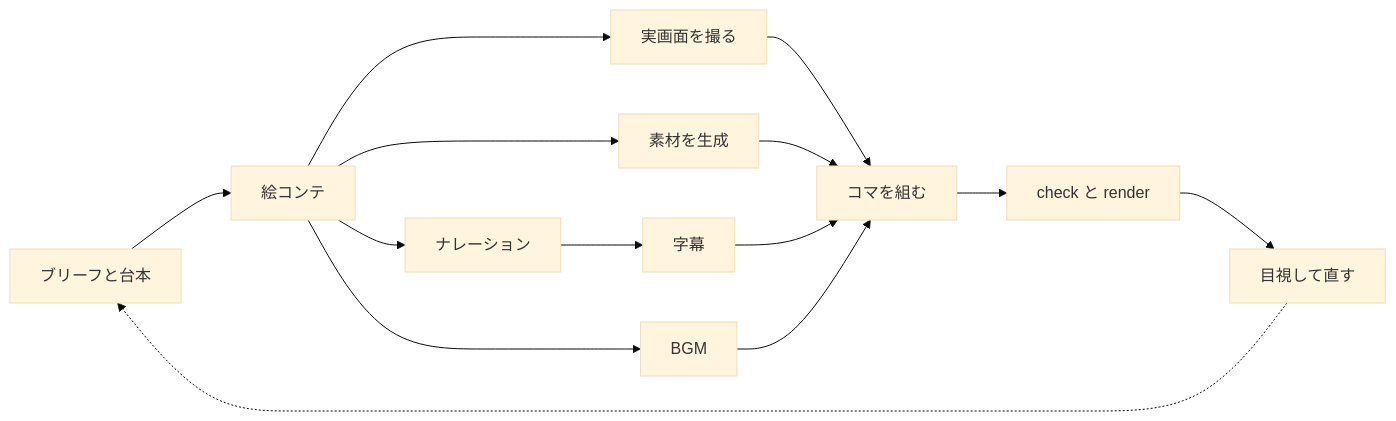
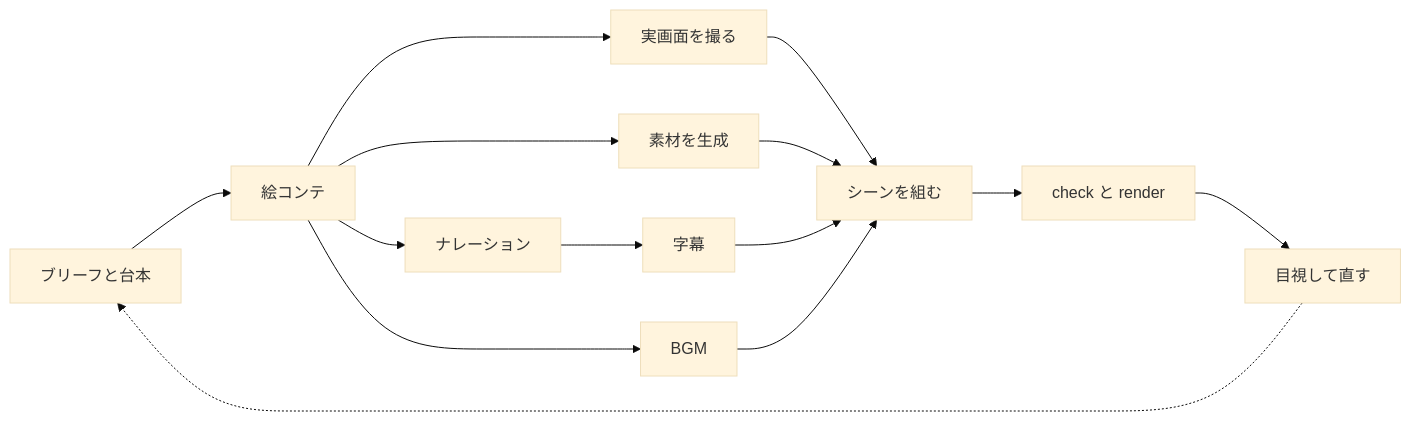
Before and after one commit to hayato-kishikawa/claude-code-demo-video-kit: the diagram in articles/claude-code-demo-video-hyperframes.md, drawn with Mermaid (base theme). The commit also changed other lines of this file and 36 other files, not shown here.

````diff
--- a/articles/claude-code-demo-video-hyperframes.md
+++ b/articles/claude-code-demo-video-hyperframes.md
@@ -54,16 +54,16 @@
 ```mermaid
 flowchart LR
   A[ブリーフと台本] --> B[絵コンテ]
   B --> C1[実画面を撮る]
   B --> C2[素材を生成]
   B --> D[ナレーション]
   D --> E[字幕]
   B --> F[BGM]
-  C1 --> G[コマを組む]
+  C1 --> G[シーンを組む]
   C2 --> G
   E --> G
   F --> G
   G --> H[check と render]
   H --> I[目視して直す]
   I -.-> A
 ```
````
